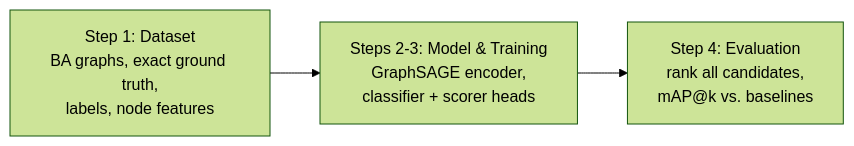
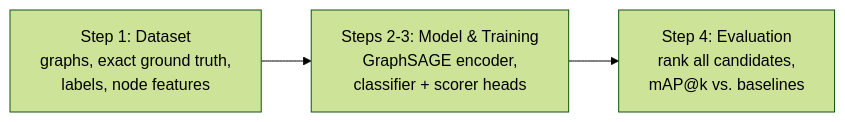
One commit to snehanagmoti/gnn-avg-betweenness changed the diagram in README.md. Above: the diagram before and after it, drawn with Mermaid (forest theme). The commit also changed other lines of this file and 250 other files, not shown here.

Commit message:
Version 2: improved pipeline (3-class labels, two-stage training, edge features, mini-batches, exact re-scoring) and experiment log

````diff
--- a/README.md
+++ b/README.md
@@ -10,5 +10,5 @@
 ```mermaid
 flowchart LR
-    A["Step 1: Dataset<br/>BA graphs, exact ground truth,<br/>labels, node features"] --> B["Steps 2-3: Model & Training<br/>GraphSAGE encoder,<br/>classifier + scorer heads"]
+    A["Step 1: Dataset<br/>graphs, exact ground truth,<br/>labels, node features"] --> B["Steps 2-3: Model & Training<br/>GraphSAGE encoder,<br/>classifier + scorer heads"]
     B --> C["Step 4: Evaluation<br/>rank all candidates,<br/>mAP@k vs. baselines"]
 ```
````
